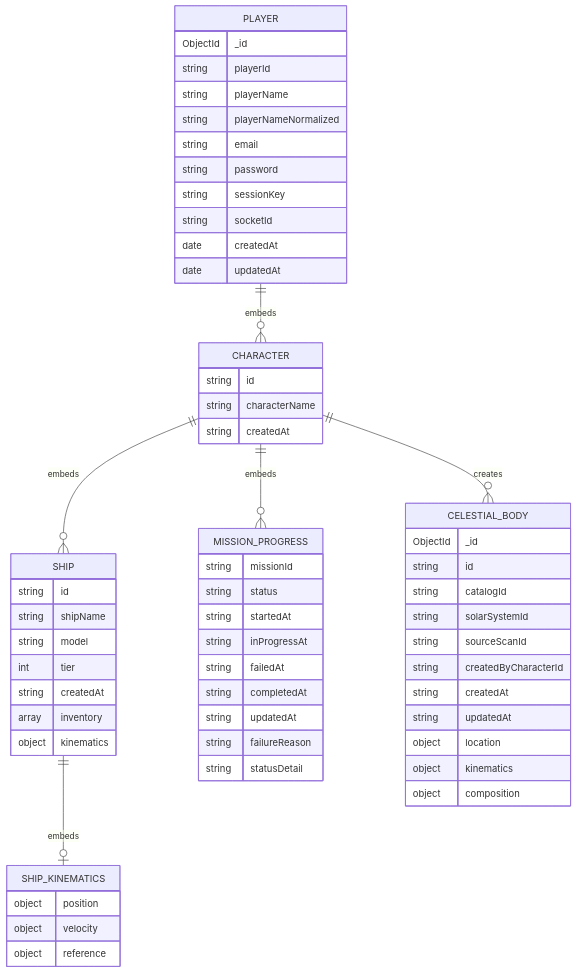
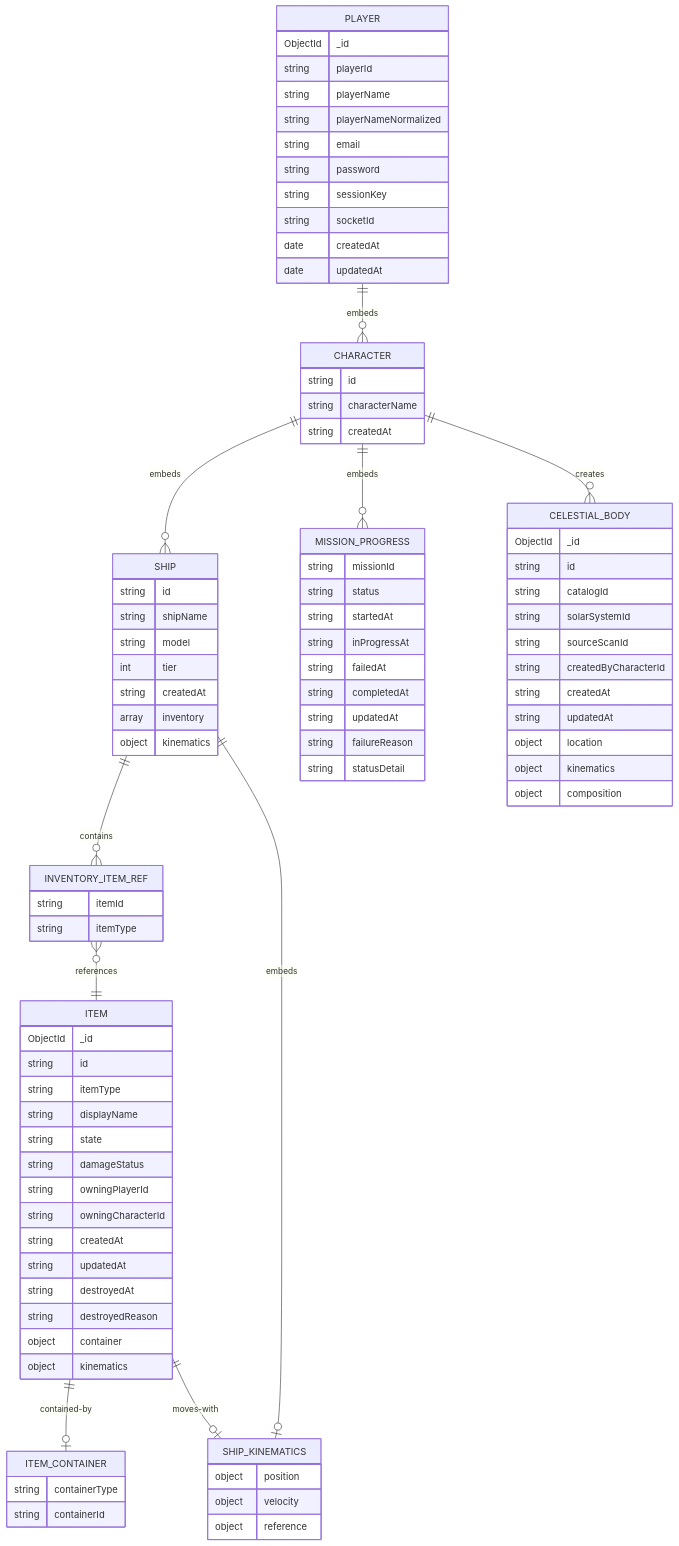
Before and after one commit to qagwaai/solid-train: the diagram in MONGODB_SCHEMA.md, drawn with Mermaid. The commit also changed other lines of this file and 16 other files, not shown here.

```diff
--- a/MONGODB_SCHEMA.md
+++ b/MONGODB_SCHEMA.md
@@ -25,7 +27,11 @@
   CHARACTER ||--o{ SHIP : embeds
   CHARACTER ||--o{ MISSION_PROGRESS : embeds
   CHARACTER ||--o{ CELESTIAL_BODY : creates
+  SHIP ||--o{ INVENTORY_ITEM_REF : contains
+  INVENTORY_ITEM_REF }o--|| ITEM : references
   SHIP ||--o| SHIP_KINEMATICS : embeds
+  ITEM ||--o| ITEM_CONTAINER : contained-by
+  ITEM ||--o| SHIP_KINEMATICS : moves-with
 
   PLAYER {
     ObjectId _id
@@ -68,10 +74,37 @@
     object kinematics
   }
 
+  INVENTORY_ITEM_REF {
+    string itemId
+    string itemType
+  }
+
   SHIP_KINEMATICS {
     object position
     object velocity
     object reference
+  }
+
+  ITEM {
+    ObjectId _id
+    string id
+    string itemType
+    string displayName
+    string state
+    string damageStatus
+    string owningPlayerId
+    string owningCharacterId
+    string createdAt
+    string updatedAt
+    string destroyedAt
+    string destroyedReason
+    object container
+    object kinematics
+  }
+
+  ITEM_CONTAINER {
+    string containerType
+    string containerId
   }
 
   CELESTIAL_BODY {
```
